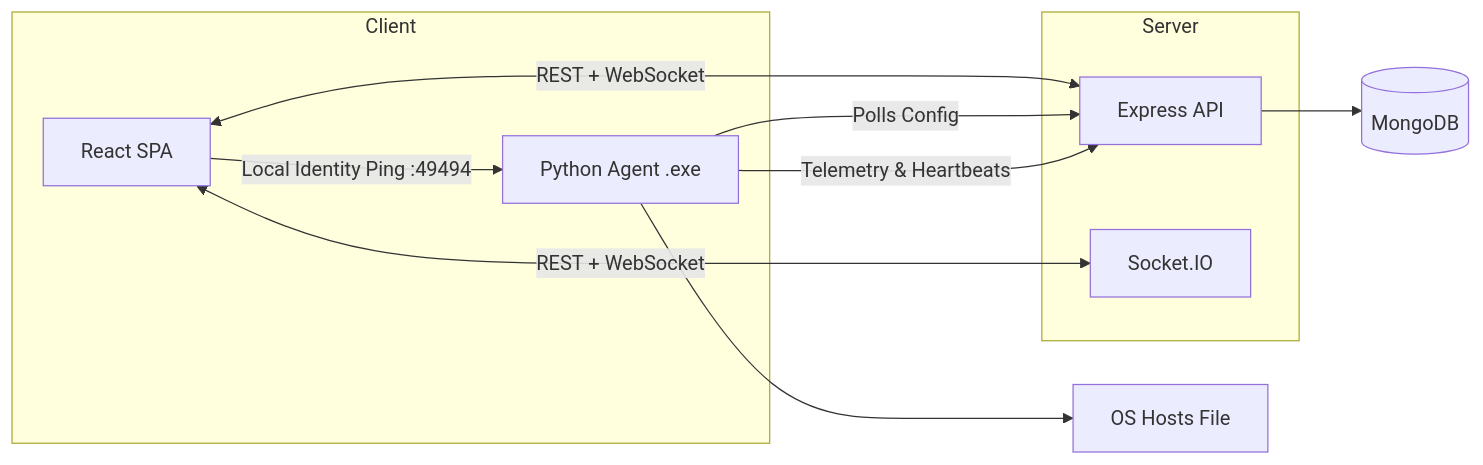
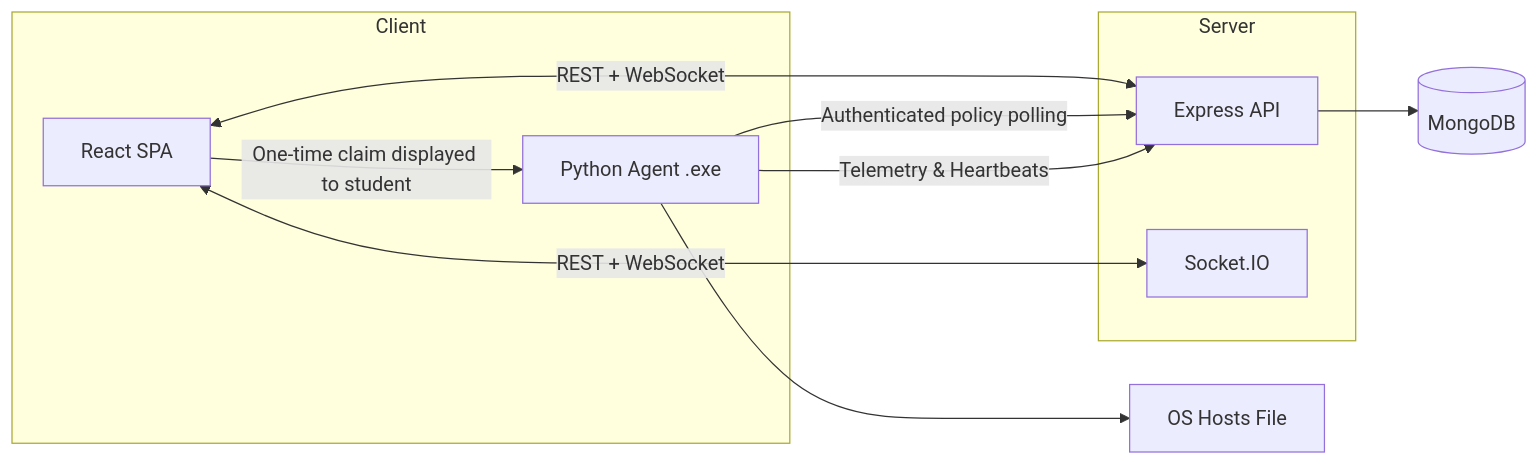
The diagram in README.md (SanskarG-20/Academia-Shield), drawn with Mermaid before and after one commit. The commit also changed other lines of this file and 52 other files, not shown here.

````diff
--- a/README.md
+++ b/README.md
@@ -28,19 +28,19 @@
 ```mermaid
 flowchart LR
   subgraph Client
     WEB[React SPA]
     AGENT[Python Agent .exe]
   end
   subgraph Server
     API[Express API]
     SOCKET[Socket.IO]
   end
   DB[(MongoDB)]
   
   WEB <-->|REST + WebSocket| API & SOCKET
-  WEB -->|Local Identity Ping :49494| AGENT
-  AGENT -->|Polls Config| API
+  WEB -->|One-time claim displayed to student| AGENT
+  AGENT -->|Authenticated policy polling| API
   AGENT -->|Telemetry & Heartbeats| API
   API --> DB
   AGENT --> HOSTS[OS Hosts File]
 ```
````
